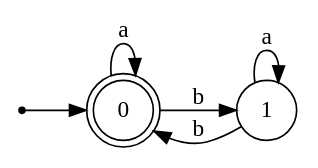
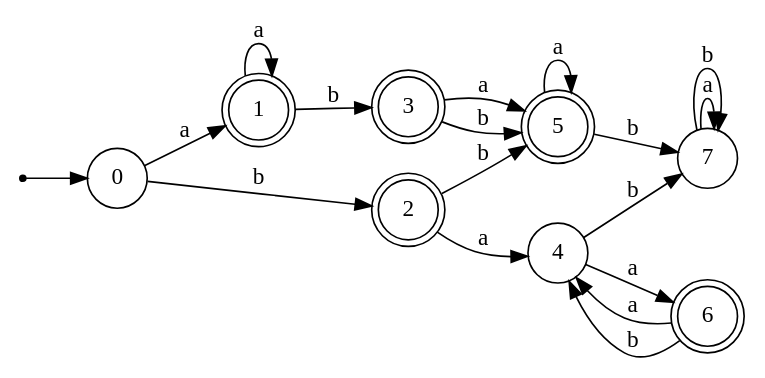
One commit to JennyNg943/TheorieLangage changed the diagram in resultat.gv. Above: the diagram before and after it, drawn with Graphviz. The commit also changed 5 other files, not shown here.

```diff
--- a/resultat.gv
+++ b/resultat.gv
@@ -1,16 +1,28 @@
 digraph finite_state_machine {
 	rankdir=LR;
   	size="10,10"
 
-	node [shape = doublecircle]; 0 ;
+	node [shape = doublecircle]; 1 2 3 5 6 ;
 	node [shape = point ]; q;
 	node [shape = circle]; 
 
 	q -> 0;
-	0 -> 0 [label = "a"];
-	0 -> 1 [label = "b"];
+	0 -> 1 [label = "a"];
+	0 -> 2 [label = "b"];
 	1 -> 1 [label = "a"];
-	1 -> 0 [label = "b"];
+	1 -> 3 [label = "b"];
+	2 -> 4 [label = "a"];
+	2 -> 5 [label = "b"];
+	3 -> 5 [label = "a"];
+	3 -> 5 [label = "b"];
+	4 -> 6 [label = "a"];
+	4 -> 7 [label = "b"];
+	5 -> 5 [label = "a"];
+	5 -> 7 [label = "b"];
+	6 -> 4 [label = "a"];
+	6 -> 4 [label = "b"];
+	7 -> 7 [label = "a"];
+	7 -> 7 [label = "b"];
 
 
 }
```
